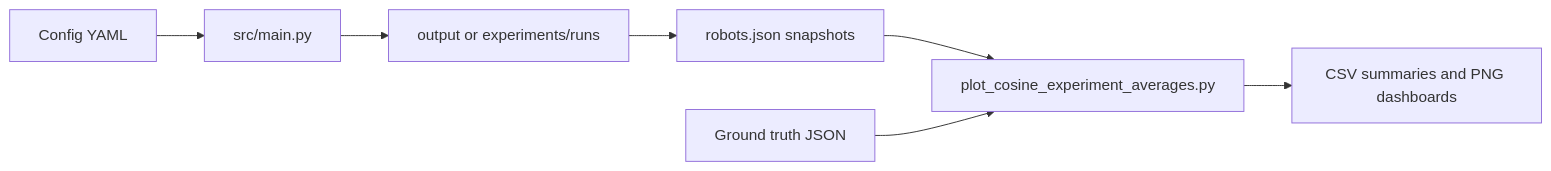
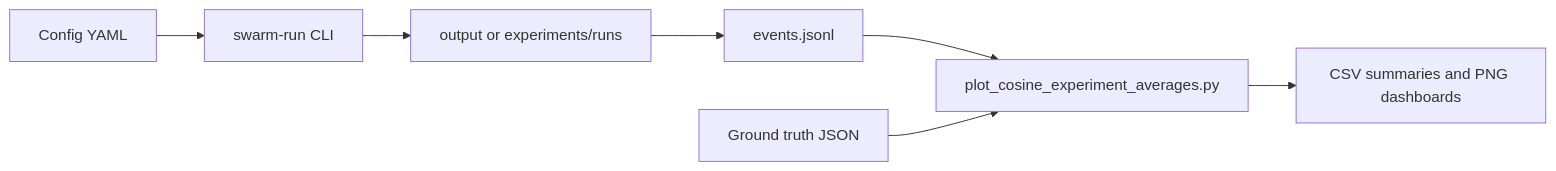
Before and after one commit to RetamalVictor/llm-swarm-environmental-perception: the diagram in docs/index.md, drawn with Mermaid. The commit also changed other lines of this file and 5 other files, not shown here.

````diff
--- a/docs/index.md
+++ b/docs/index.md
@@ -25,9 +24,9 @@
 ```mermaid
 flowchart LR
-  configYaml[Config YAML] --> mainPy[src/main.py]
-  mainPy --> runOutput[output or experiments/runs]
-  runOutput --> robotsJson[robots.json snapshots]
-  robotsJson --> metricsPy[plot_cosine_experiment_averages.py]
+  configYaml[Config YAML] --> swarmRun[swarm-run CLI]
+  swarmRun --> runOutput[output or experiments/runs]
+  runOutput --> eventsJsonl[events.jsonl]
+  eventsJsonl --> metricsPy[plot_cosine_experiment_averages.py]
   gtJson[Ground truth JSON] --> metricsPy
   metricsPy --> plotsAndCsv[CSV summaries and PNG dashboards]
 ```
````
